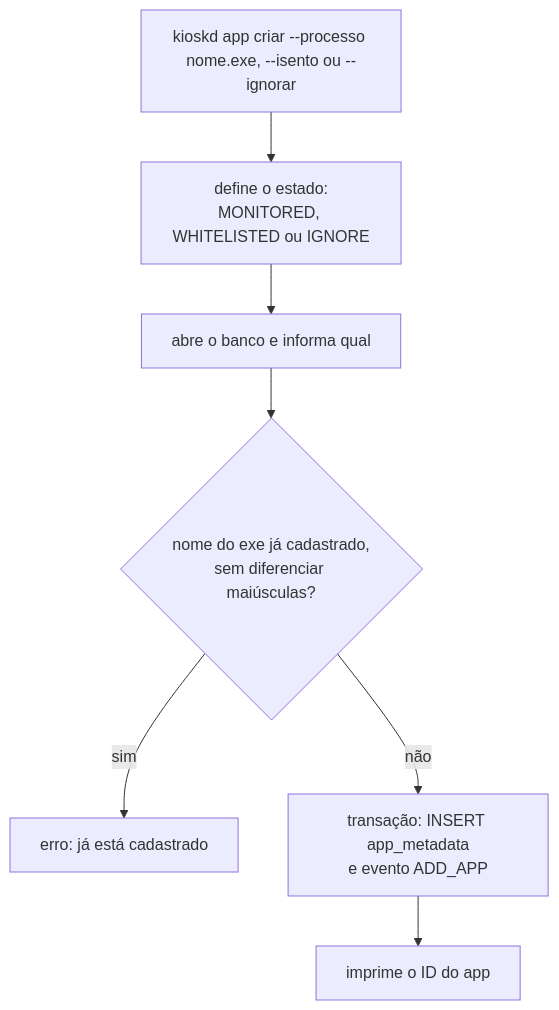
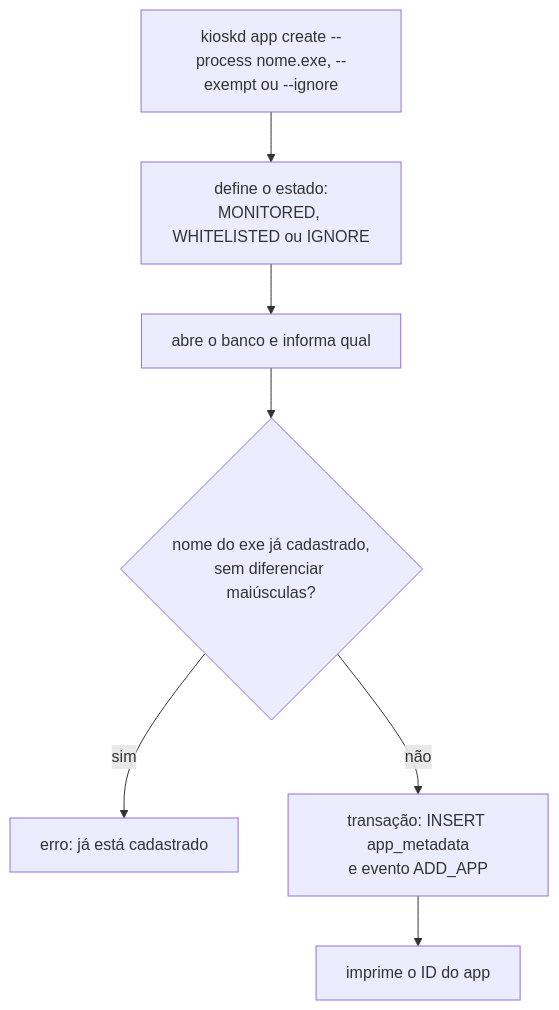
Before and after one commit to jefersonlop3s/kiosk-engine: diagram 11 of 28 in docs/architecture/fluxos-dos-comandos.md, drawn with Mermaid. The commit also changed other lines of this file and 43 other files, not shown here.

````diff
--- a/docs/architecture/fluxos-dos-comandos.md
+++ b/docs/architecture/fluxos-dos-comandos.md
@@ -179,9 +179,9 @@
 ```mermaid
 flowchart TD
-    A["kioskd app criar --processo nome.exe, --isento ou --ignorar"] --> B["define o estado:<br/>MONITORED, WHITELISTED ou IGNORE"]
+    A["kioskd app create --process nome.exe, --exempt ou --ignore"] --> B["define o estado:<br/>MONITORED, WHITELISTED ou IGNORE"]
     B --> C["abre o banco e informa qual"]
     C --> D{"nome do exe já cadastrado,<br/>sem diferenciar maiúsculas?"}
     D -->|sim| E["erro: já está cadastrado"]
     D -->|não| F["transação: INSERT app_metadata<br/>e evento ADD_APP"]
     F --> G["imprime o ID do app"]
 ```
````
